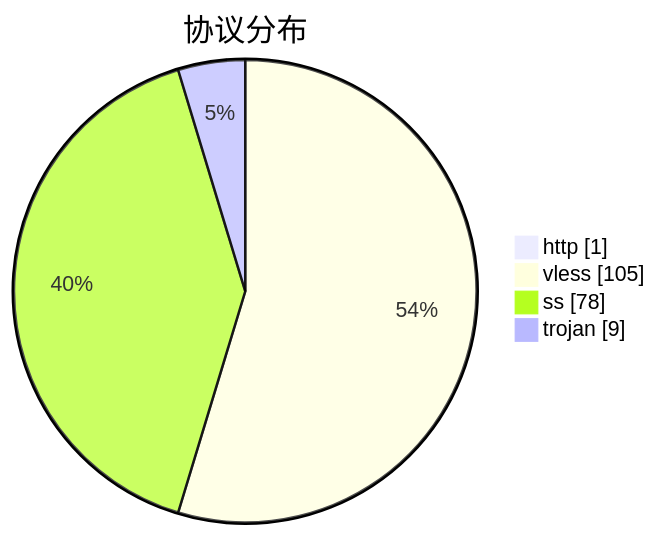
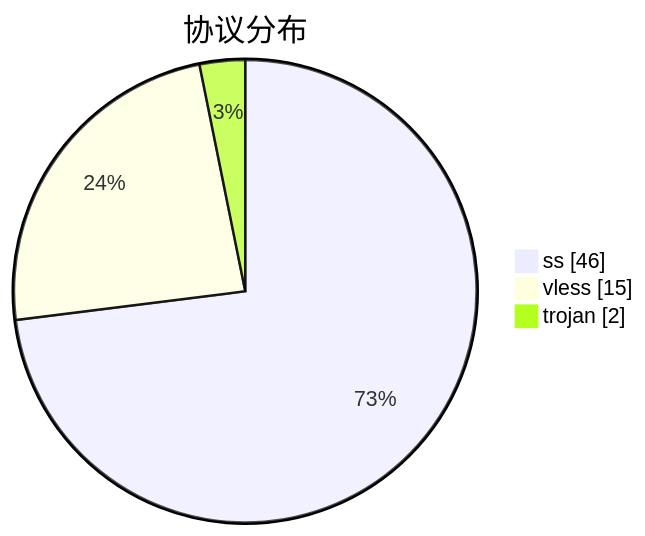
Before and after one commit to qjlxg/airport: the third of 3 diagrams in subs/statistics/tested_within.md, drawn with Mermaid. The commit also changed other lines of this file and 2 other files, not shown here.

````diff
--- a/subs/statistics/tested_within.md
+++ b/subs/statistics/tested_within.md
@@ -20,8 +17,7 @@
 ```mermaid
 pie showData
 title 协议分布
-"http" : 1
-"vless" : 105
-"ss" : 78
-"trojan" : 9
+"ss" : 46
+"vless" : 15
+"trojan" : 2
 ```
````
